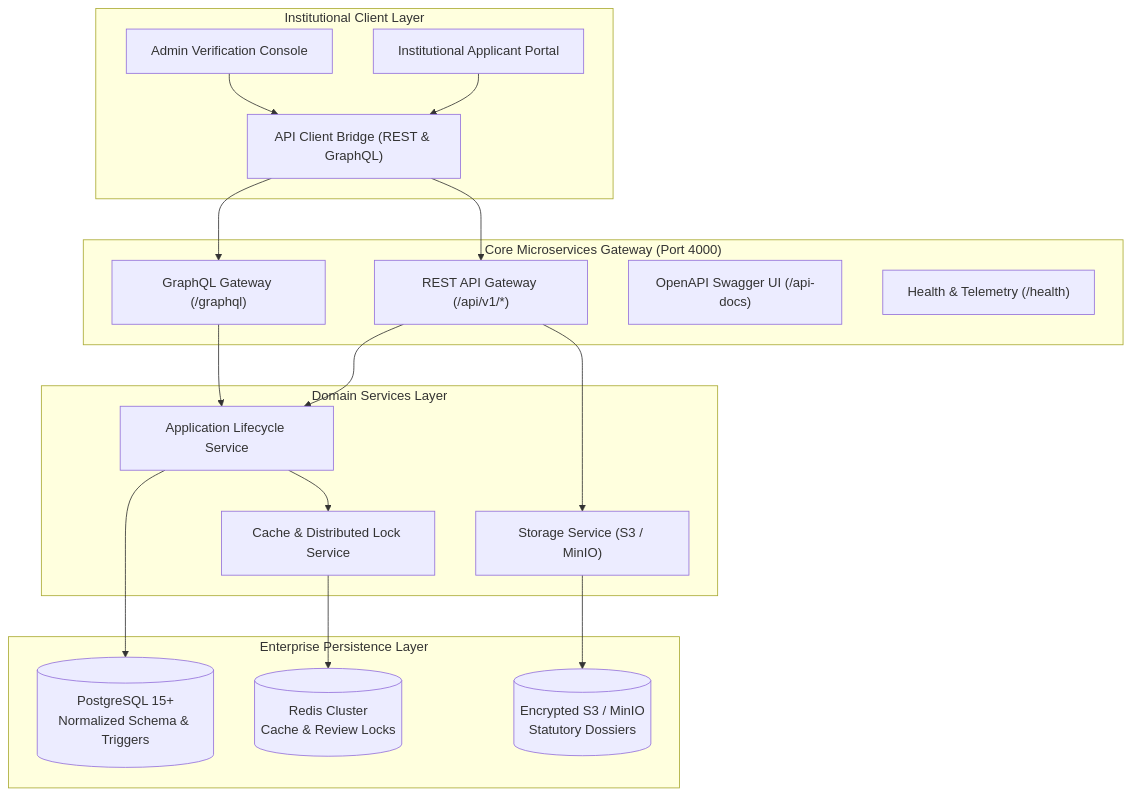
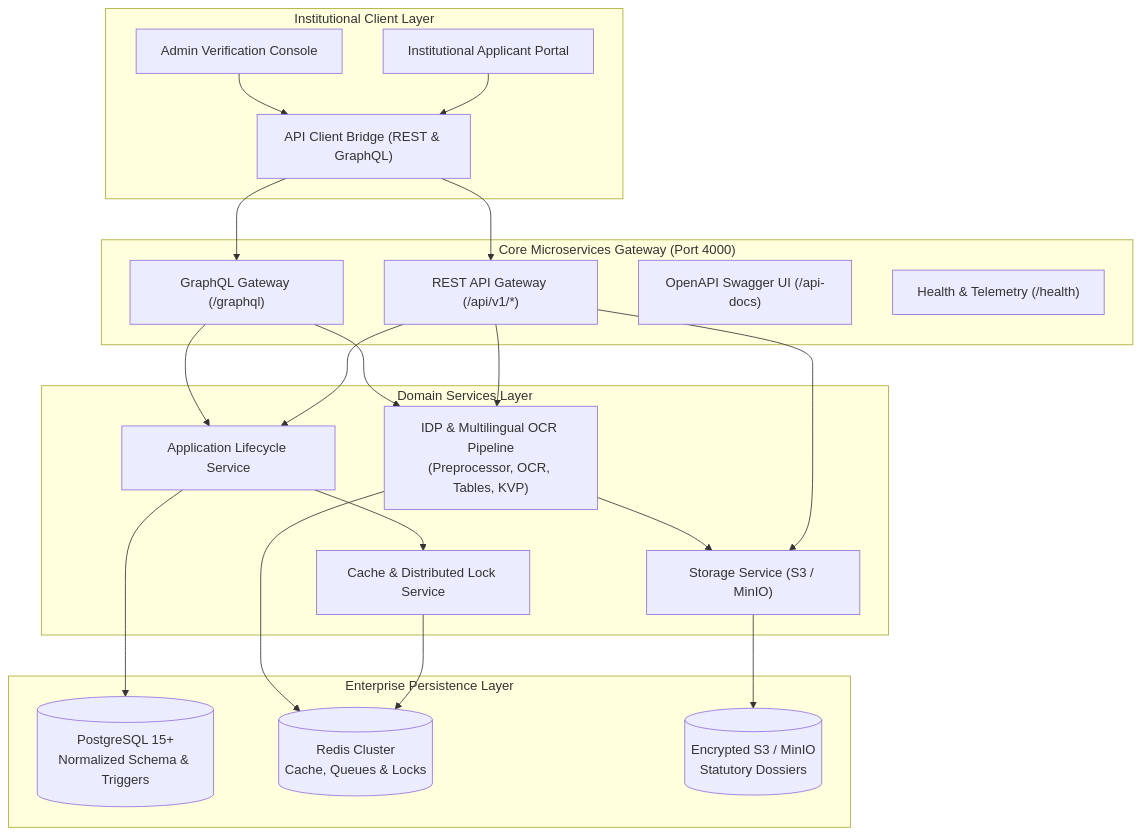
Before and after one commit to nitin24x7/SatyaSetu_AI: the diagram in README.md, drawn with Mermaid. The commit also changed other lines of this file and 15 other files, not shown here.

Commit message:
feat(idp): complete Phase 4 Intelligent Document Processing & Multilingual OCR Pipeline

````diff
--- a/README.md
+++ b/README.md
@@ -28,39 +35,44 @@
 ```mermaid
 flowchart TD
     subgraph Client["Institutional Client Layer"]
         A["Institutional Applicant Portal"]
         B["Admin Verification Console"]
         C["API Client Bridge (REST & GraphQL)"]
     end
 
     subgraph Gateway["Core Microservices Gateway (Port 4000)"]
         D["REST API Gateway (/api/v1/*)"]
         E["GraphQL Gateway (/graphql)"]
         F["OpenAPI Swagger UI (/api-docs)"]
         G["Health & Telemetry (/health)"]
     end
 
     subgraph CoreServices["Domain Services Layer"]
         H["Application Lifecycle Service"]
         I["Storage Service (S3 / MinIO)"]
         J["Cache & Distributed Lock Service"]
+        IDP["IDP & Multilingual OCR Pipeline\n(Preprocessor, OCR, Tables, KVP)"]
     end
 
     subgraph Persistence["Enterprise Persistence Layer"]
         K[("PostgreSQL 15+\nNormalized Schema & Triggers")]
-        L[("Redis Cluster\nCache & Review Locks")]
+        L[("Redis Cluster\nCache, Queues & Locks")]
         M[("Encrypted S3 / MinIO\nStatutory Dossiers")]
     end
 
     A --> C
     B --> C
     C --> D
     C --> E
     D --> H
     D --> I
+    D --> IDP
     E --> H
+    E --> IDP
     H --> J
     H --> K
     I --> M
     J --> L
+    IDP --> L
+    IDP --> I
 ```
````
